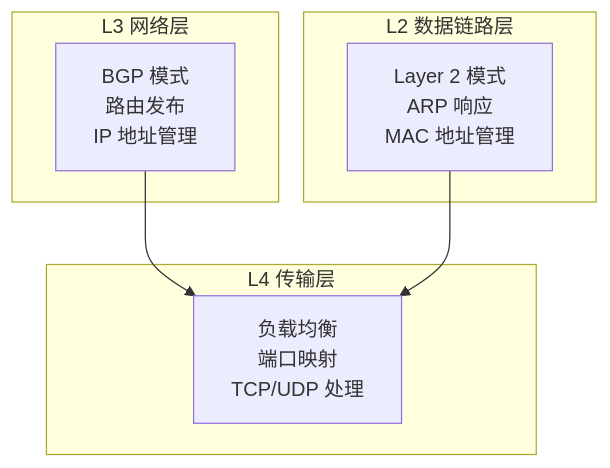
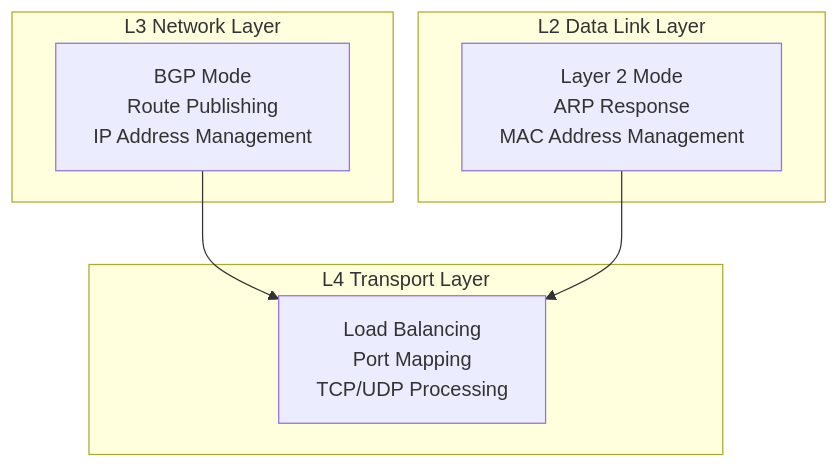
One commit to liweinan/deepseek-answers changed the fourth of 8 diagrams in files/k8s-lb.md. Above: the diagram before and after it, drawn with Mermaid. The commit also changed other lines of this file and 135 other files, not shown here.

````diff
--- a/files/k8s-lb.md
+++ b/files/k8s-lb.md
@@ -448,17 +450,17 @@
 ```mermaid
 graph TD
-    subgraph L3["L3 网络层"]
-        BGP["BGP 模式<br/>路由发布<br/>IP 地址管理"]
+    subgraph L3["L3 Network Layer"]
+        BGP["BGP Mode<br/>Route Publishing<br/>IP Address Management"]
     end
     
-    subgraph L2["L2 数据链路层"]
-        ARP["Layer 2 模式<br/>ARP 响应<br/>MAC 地址管理"]
+    subgraph L2["L2 Data Link Layer"]
+        ARP["Layer 2 Mode<br/>ARP Response<br/>MAC Address Management"]
     end
     
-    subgraph L4["L4 传输层"]
-        LoadBalancing["负载均衡<br/>端口映射<br/>TCP/UDP 处理"]
+    subgraph L4["L4 Transport Layer"]
+        LoadBalancing["Load Balancing<br/>Port Mapping<br/>TCP/UDP Processing"]
     end
     
     BGP --> LoadBalancing
     ARP --> LoadBalancing
 ```
````
